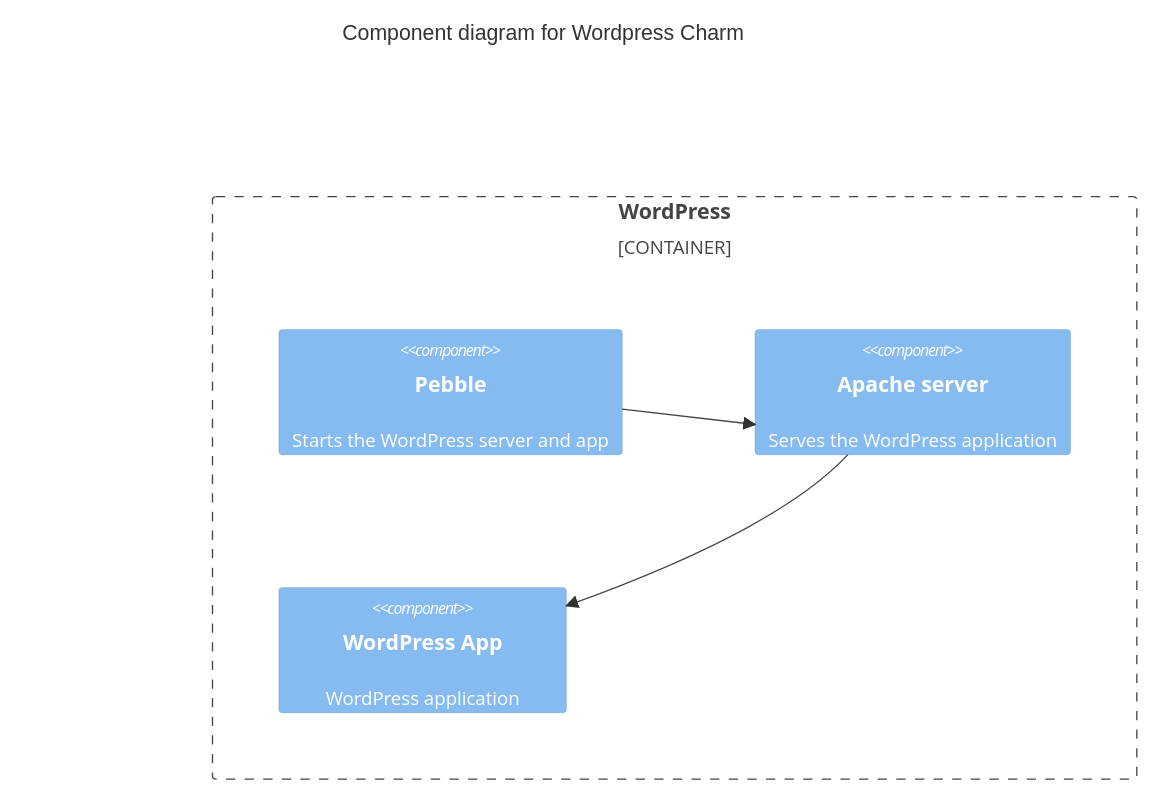
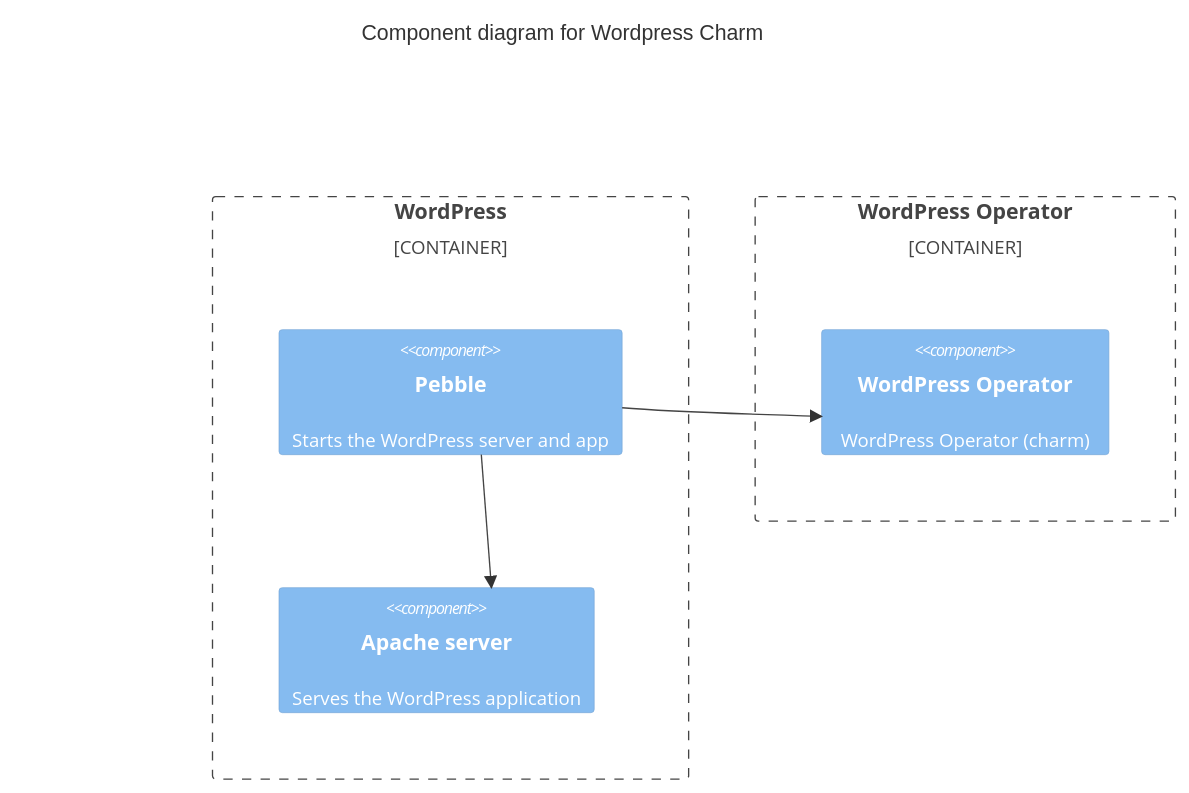
Before and after one commit to canonical/wordpress-k8s-operator: the diagram in docs/explanation/charm-architecture.md, drawn with Mermaid.

Commit message:
fix: charm architecture

````diff
--- a/docs/explanation/charm-architecture.md
+++ b/docs/explanation/charm-architecture.md
@@ -16,13 +16,17 @@
 ```mermaid
 C4Context
 title Component diagram for Wordpress Charm
 
 Container_Boundary(wordpress, "WordPress") {
   Component(pebble, "Pebble", "", "Starts the WordPress server and app")
   Component(apache-server, "Apache server", "", "Serves the WordPress application")
-  Component(charm, "WordPress App", "", "WordPress application")
 
   Rel(pebble, apache-server, "")
-  Rel(apache-server, charm, "")
+}
+
+Container_Boundary(charm, "WordPress Operator") {
+  Component(charm, "WordPress Operator", "", "WordPress Operator (charm)")
+  
+  Rel(pebble, charm, "")
 }
 ```
````
